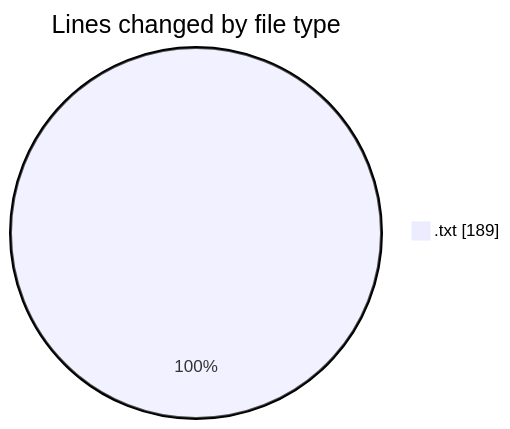
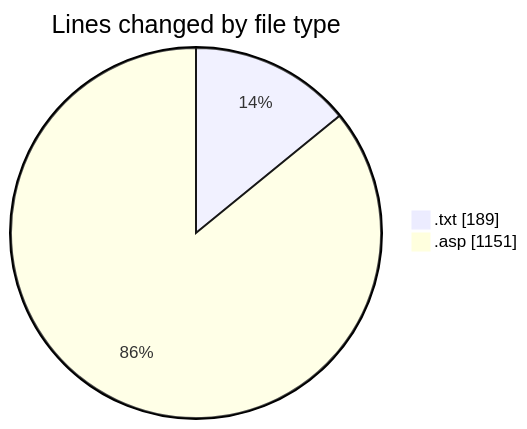
The first of 2 diagrams in 2025-11-07/cdp_aleoudev_fr__workspace_/README.md (julien-gomy/code-tracking), drawn with Mermaid before and after one commit. The commit also changed other lines of this file and 1 other file, not shown here.

````diff
--- a/2025-11-07/cdp_aleoudev_fr__workspace_/README.md
+++ b/2025-11-07/cdp_aleoudev_fr__workspace_/README.md
@@ -20,5 +21,6 @@
 ```mermaid
 pie showData
 title Lines changed by file type
 ".txt" : 189
+".asp" : 1151
 ```
````
